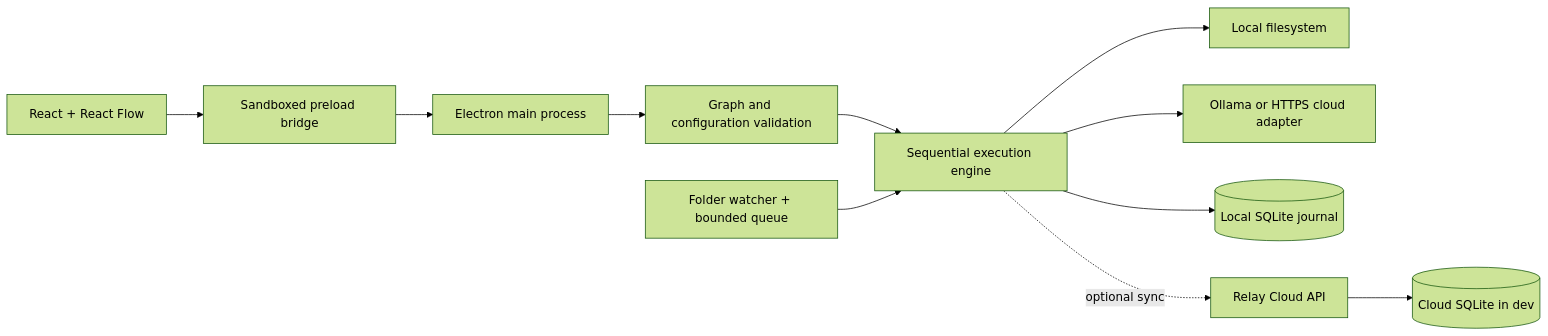
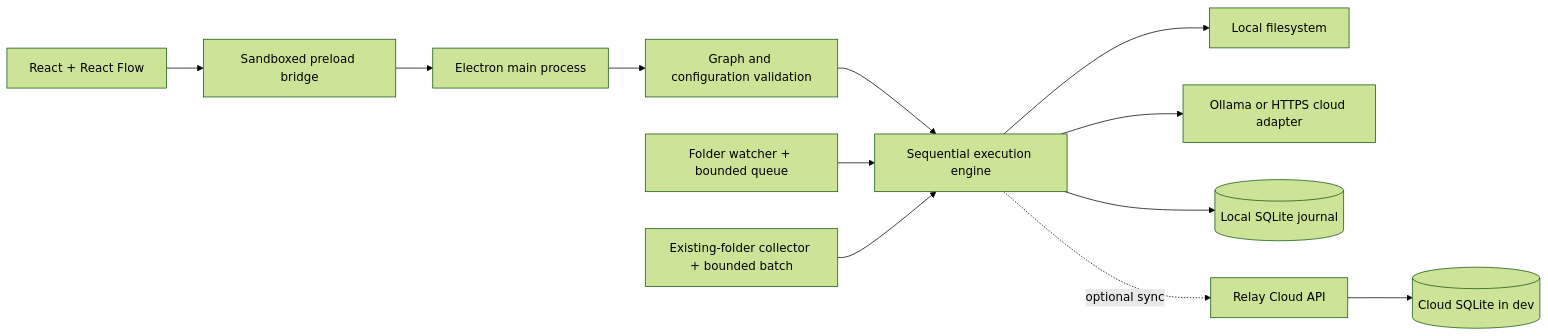
Before and after one commit to Yaqoubj/Relay-Studio: the diagram in docs/architecture.md, drawn with Mermaid (forest theme). The commit also changed other lines of this file and 14 other files, not shown here.

Commit message:
Add existing-folder batch automation

````diff
--- a/docs/architecture.md
+++ b/docs/architecture.md
@@ -7,13 +7,14 @@
 ```mermaid
 flowchart LR
   UI[React + React Flow] --> Bridge[Sandboxed preload bridge]
   Bridge --> Main[Electron main process]
   Main --> Validate[Graph and configuration validation]
   Validate --> Engine[Sequential execution engine]
   Engine --> Files[Local filesystem]
   Engine --> AI[Ollama or HTTPS cloud adapter]
   Engine --> DB[(Local SQLite journal)]
   Watch[Folder watcher + bounded queue] --> Engine
+  Batch[Existing-folder collector + bounded batch] --> Engine
   Engine -. optional sync .-> API[Relay Cloud API]
   API --> CloudDB[(Cloud SQLite in dev)]
 ```
````
